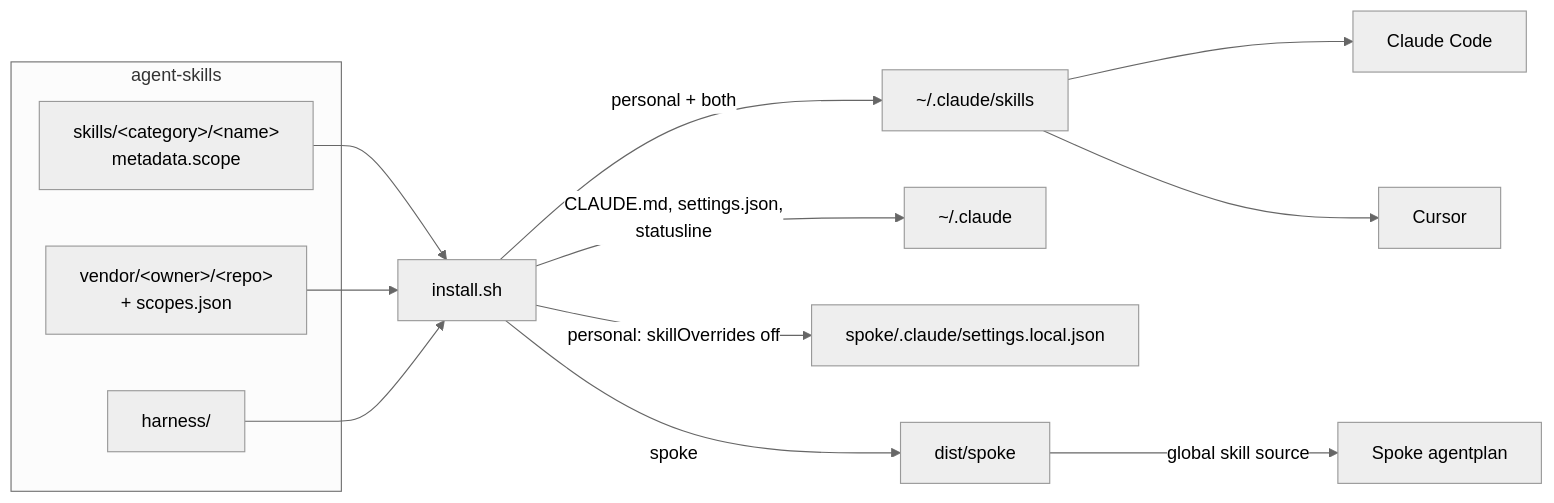
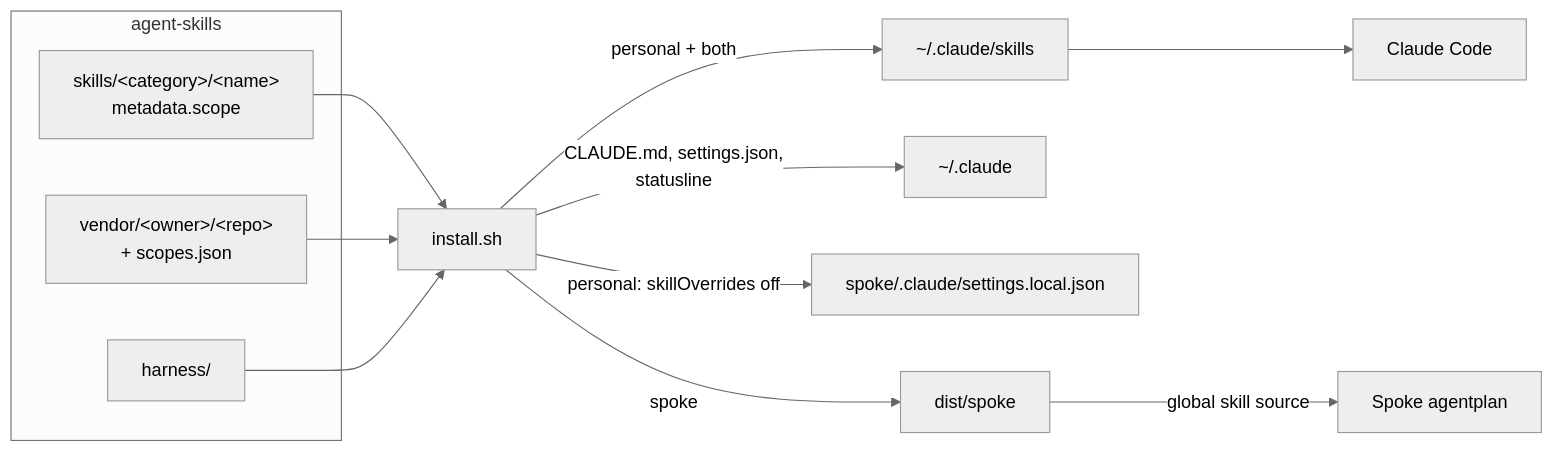
Before and after one commit to willianjusten/agent-skills: the second of 2 diagrams in README.md, drawn with Mermaid (neutral theme). The commit also changed other lines of this file and 1 other file, not shown here.

Commit message:
docs: drop Cursor from README and AGENTS.md

````diff
--- a/README.md
+++ b/README.md
@@ -102,19 +101,18 @@
 ```mermaid
 flowchart LR
     subgraph repo["agent-skills"]
         OWN["skills/&lt;category&gt;/&lt;name&gt;<br/>metadata.scope"]
         VEN["vendor/&lt;owner&gt;/&lt;repo&gt;<br/>+ scopes.json"]
         HAR["harness/"]
     end
     INS[install.sh]
     OWN --> INS
     VEN --> INS
     HAR --> INS
     INS -->|personal + both| GS["~/.claude/skills"]
     INS -->|CLAUDE.md, settings.json,<br/>statusline| CH["~/.claude"]
     INS -->|personal: skillOverrides off| SL["spoke/.claude/settings.local.json"]
     INS -->|spoke| DS["dist/spoke"]
     DS -->|global skill source| AP["Spoke agentplan"]
     GS --> CC["Claude Code"]
-    GS --> CU["Cursor"]
 ```
````
